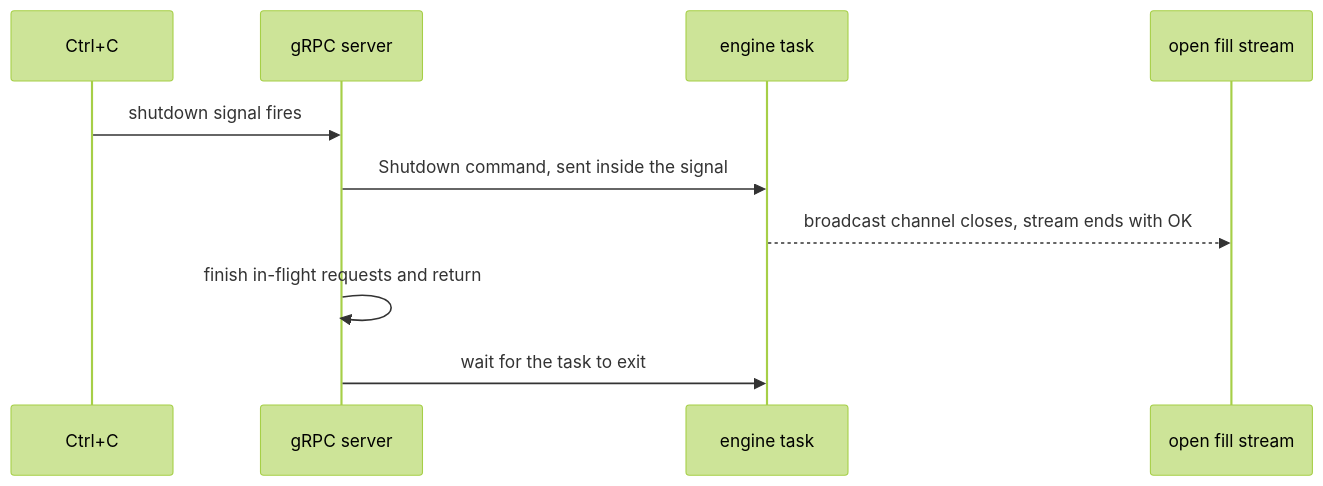
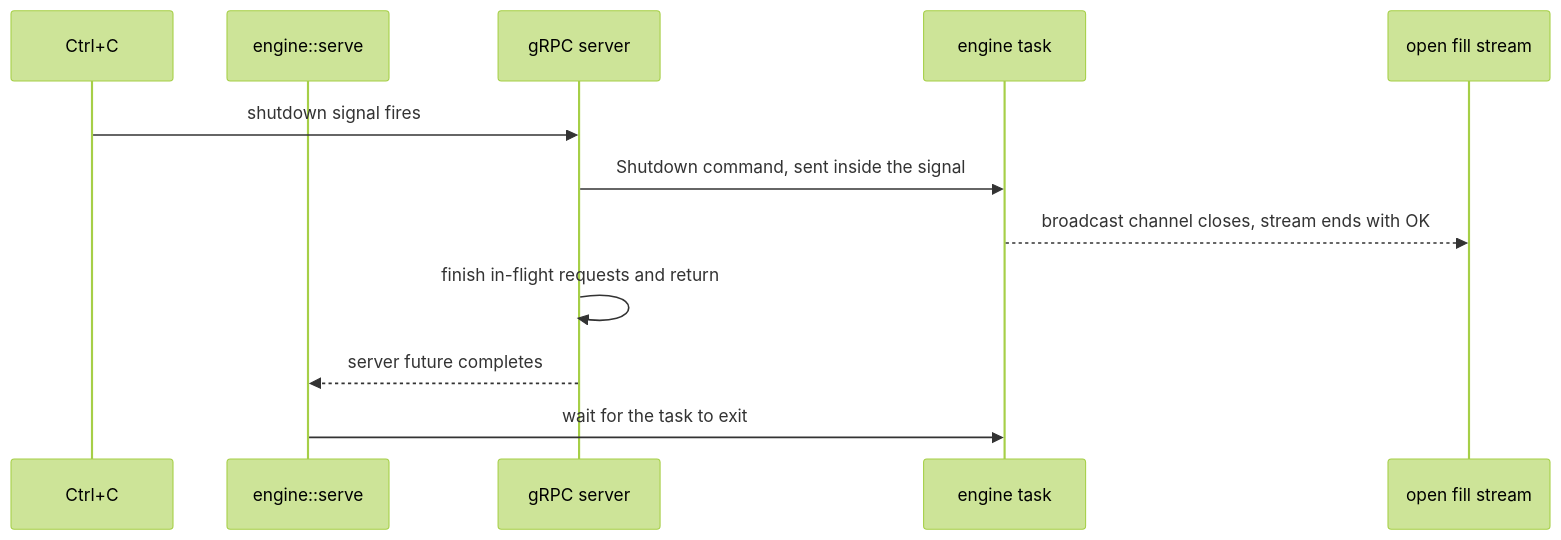
One commit to shaunak-batra/RustAlgoExecutionSystem changed the sixth of 6 diagrams in README.md. Above: the diagram before and after it, drawn with Mermaid (forest theme). The commit also changed other lines of this file and 3 other files, not shown here.

````diff
--- a/README.md
+++ b/README.md
@@ -588,12 +596,14 @@
 ```mermaid
 sequenceDiagram
     participant Sig as Ctrl+C
+    participant Run as engine::serve
     participant Srv as gRPC server
     participant Eng as engine task
     participant Str as open fill stream
     Sig->>Srv: shutdown signal fires
     Srv->>Eng: Shutdown command, sent inside the signal
     Eng-->>Str: broadcast channel closes, stream ends with OK
     Srv->>Srv: finish in-flight requests and return
-    Srv->>Eng: wait for the task to exit
+    Srv-->>Run: server future completes
+    Run->>Eng: wait for the task to exit
 ```
````
